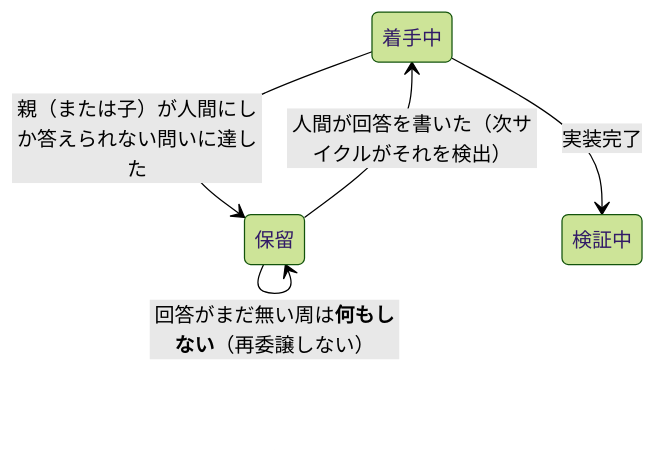
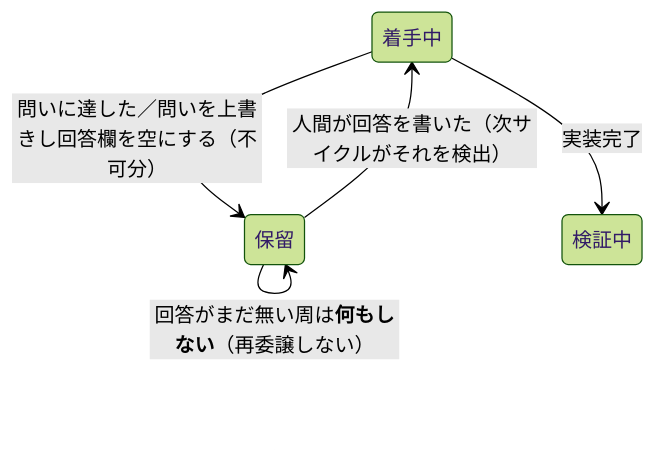
One commit to masanami/claude-flywheel changed the second of 2 diagrams in docs/human-hold-representation.md. Above: the diagram before and after it, drawn with Mermaid (forest theme). The commit also changed other lines of this file and 1 other file, not shown here.

````diff
--- a/docs/human-hold-representation.md
+++ b/docs/human-hold-representation.md
@@ -177,7 +179,7 @@
 ```mermaid
 stateDiagram-v2
-    着手中 --> 保留: 親（または子）が人間にしか答えられない問いに達した
+    着手中 --> 保留: 問いに達した／問いを上書きし回答欄を空にする（不可分）
     保留 --> 着手中: 人間が回答を書いた（次サイクルがそれを検出）
     保留 --> 保留: 回答がまだ無い周は**何もしない**（再委譲しない）
     着手中 --> 検証中: 実装完了
 ```
````
